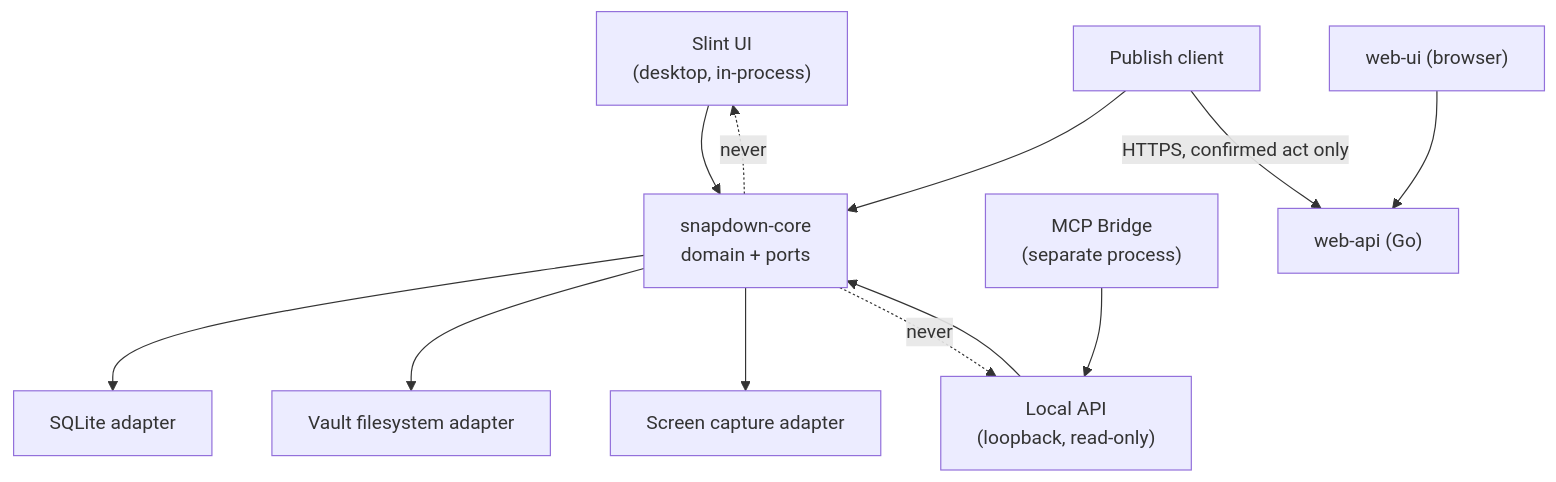
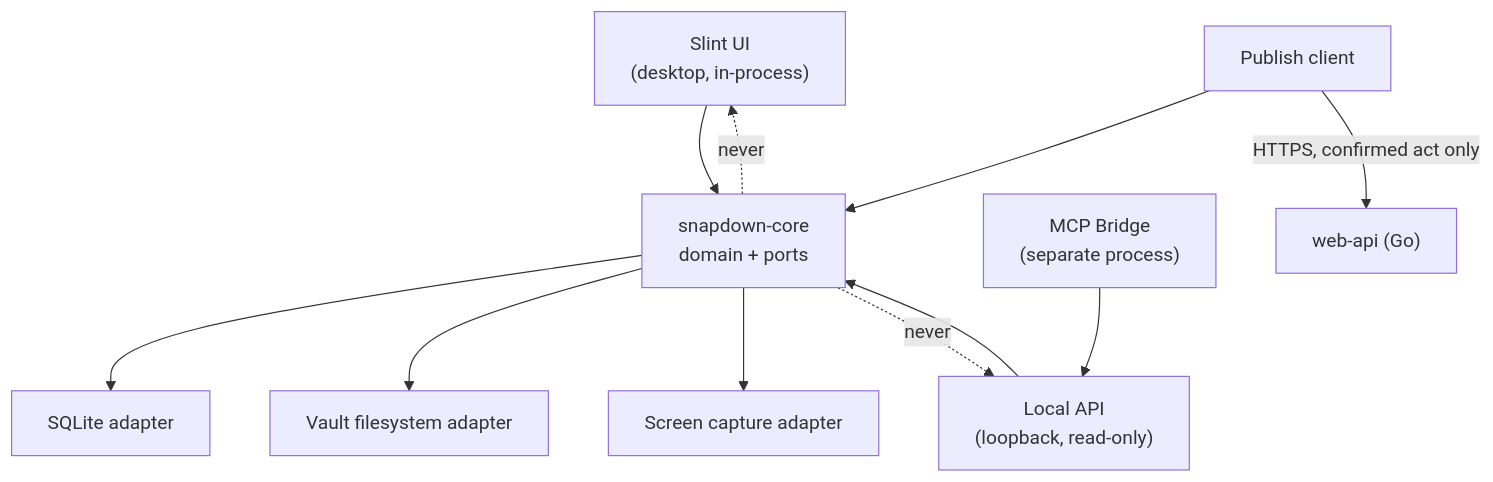
The first of 2 diagrams in .how/_platform/ARCHITECTURE-SPINE.md (wiradigitalid/snapdown), drawn with Mermaid before and after one commit. The commit also changed other lines of this file and 9 other files, not shown here.

````diff
--- a/.how/_platform/ARCHITECTURE-SPINE.md
+++ b/.how/_platform/ARCHITECTURE-SPINE.md
@@ -52,14 +52,13 @@
 ```mermaid
 graph TD
     UI["Slint UI<br/>(desktop, in-process)"] --> CORE["snapdown-core<br/>domain + ports"]
     API["Local API<br/>(loopback, read-only)"] --> CORE
     PUB["Publish client"] --> CORE
     CORE --> STORE["SQLite adapter"]
     CORE --> BLOB["Vault filesystem adapter"]
     CORE --> CAP["Screen capture adapter"]
     BRIDGE["MCP Bridge<br/>(separate process)"] --> API
     PUB -->|"HTTPS, confirmed act only"| WEB["web-api (Go)"]
-    WEBUI["web-ui (browser)"] --> WEB
     CORE -.->|"never"| UI
     CORE -.->|"never"| API
 ```
````
